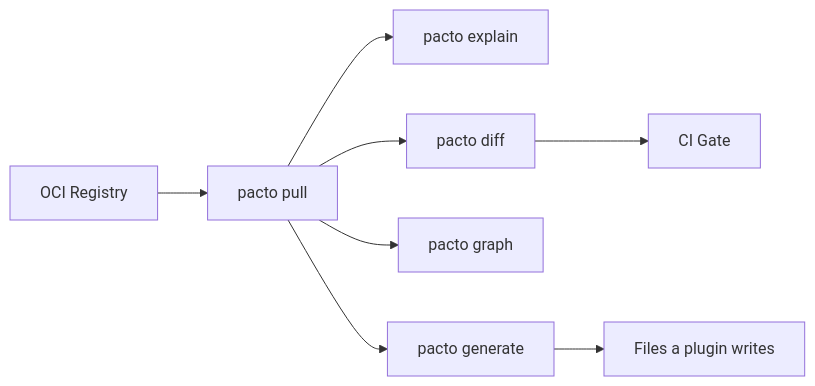
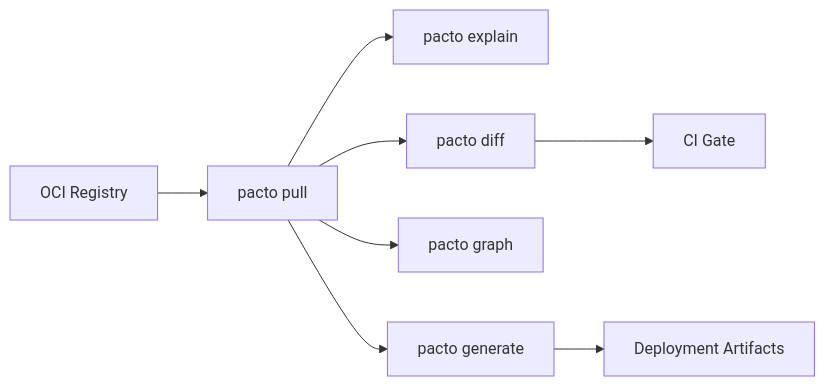
Before and after one commit to TrianaLab/pacto: the second of 2 diagrams in docs/platform-engineers.md, drawn with Mermaid. The commit also changed other lines of this file and 10 other files, not shown here.

````diff
--- a/docs/platform-engineers.md
+++ b/docs/platform-engineers.md
@@ -19,10 +71,10 @@
 ```mermaid
 flowchart LR
     R[OCI Registry] --> PL[pacto pull]
     PL --> E[pacto explain]
     PL --> DI[pacto diff]
     PL --> G[pacto graph]
     PL --> GEN[pacto generate]
-    GEN --> K[Files a plugin writes]
+    GEN --> K[Deployment Artifacts]
     DI --> CI[CI Gate]
 ```
````
